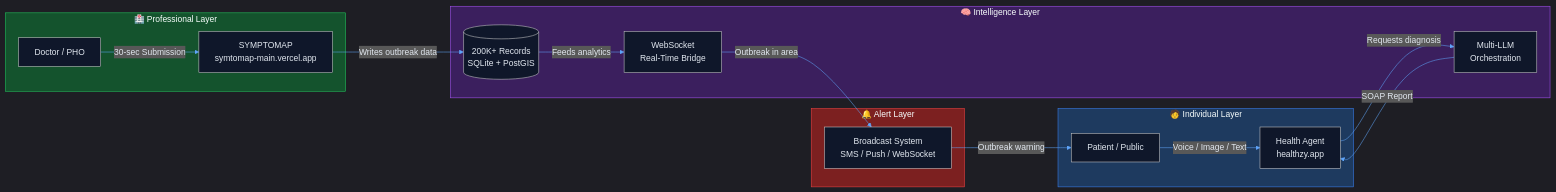
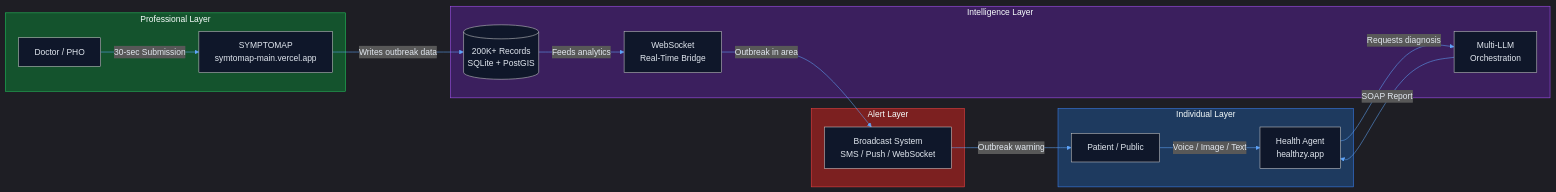
The first of 4 diagrams in README.md (Rajkaran-122/SymptoMap_pro), drawn with Mermaid before and after one commit. The commit also changed other lines of this file, not shown here.

````diff
--- a/README.md
+++ b/README.md
@@ -106,36 +106,36 @@
 ```mermaid
 %%{init: {'theme': 'dark', 'themeVariables': { 'primaryColor': '#1e40af', 'primaryTextColor': '#ffffff', 'lineColor': '#60a5fa', 'mainBkg': '#0f172a', 'textColor': '#e2e8f0'}}}%%
 flowchart LR
-    subgraph Individual["🧑 Individual Layer"]
+    subgraph Individual["Individual Layer"]
         User["Patient / Public"]
         HA["Health Agent\nhealthzy.app"]
         User -->|"Voice / Image / Text"| HA
     end
 
-    subgraph Professional["🏥 Professional Layer"]
+    subgraph Professional["Professional Layer"]
         Doctor["Doctor / PHO"]
         SM["SYMPTOMAP\nsymtomap-main.vercel.app"]
         Doctor -->|"30-sec Submission"| SM
     end
 
-    subgraph Intelligence["🧠 Intelligence Layer"]
+    subgraph Intelligence["Intelligence Layer"]
         DB[("200K+ Records\nSQLite + PostGIS")]
         WS["WebSocket\nReal-Time Bridge"]
         AI["Multi-LLM\nOrchestration"]
         SM -->|"Writes outbreak data"| DB
         DB -->|"Feeds analytics"| WS
         HA -->|"Requests diagnosis"| AI
         AI -->|"SOAP Report"| HA
     end
 
-    subgraph Alerts["🔔 Alert Layer"]
+    subgraph AlertLayer["Alert Layer"]
         Broadcast["Broadcast System\nSMS / Push / WebSocket"]
         WS -->|"Outbreak in area"| Broadcast
         Broadcast -->|"Outbreak warning"| User
     end
 
     style Individual fill:#1e3a5f,stroke:#3b82f6
     style Professional fill:#14532d,stroke:#22c55e
     style Intelligence fill:#3b1f5e,stroke:#a855f7
-    style Alerts fill:#7c2020,stroke:#ef4444
+    style AlertLayer fill:#7c2020,stroke:#ef4444
 ```
````
